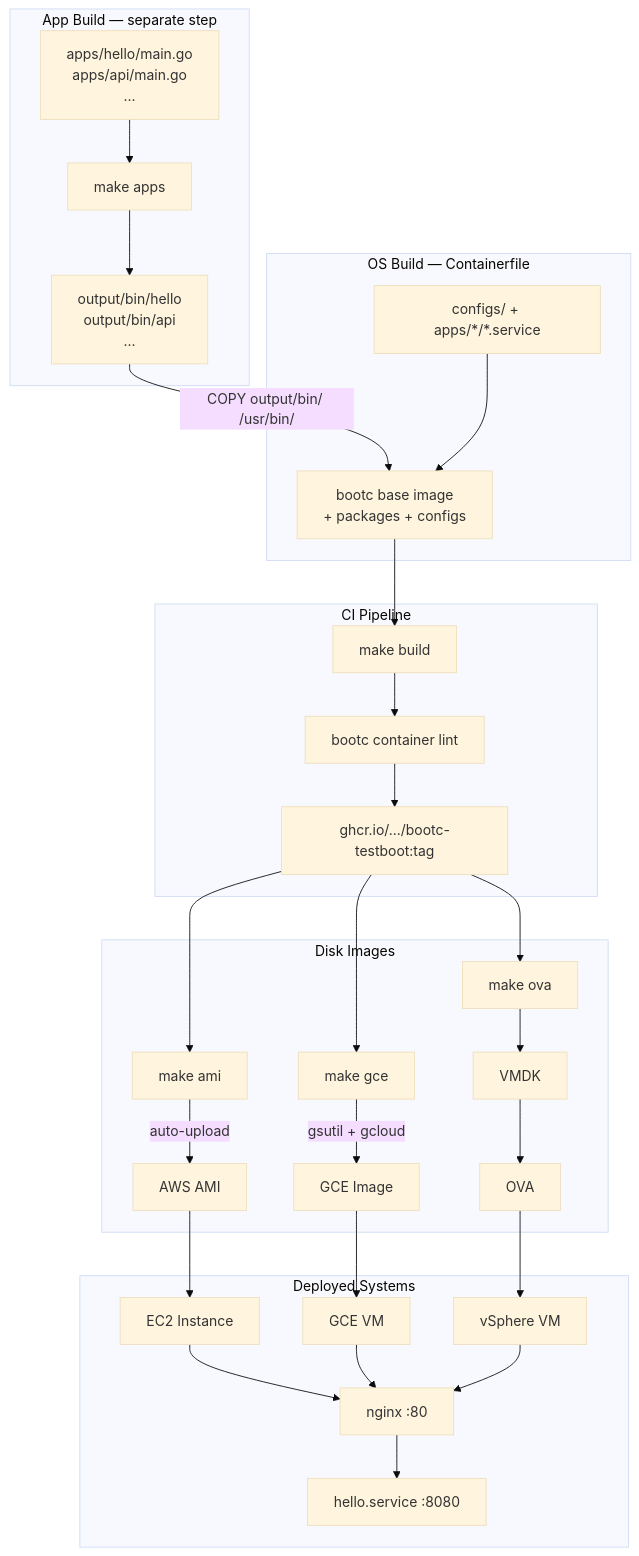
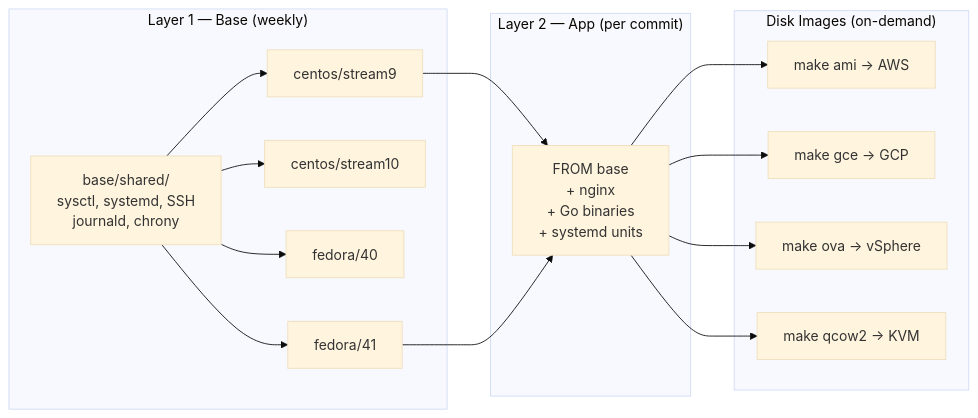
Before and after one commit to duyhenryer/bootc-testboot: the diagram in README.md, drawn with Mermaid (base theme). The commit also changed other lines of this file and 29 other files, not shown here.

First line of the commit message:
refactor: 2-layer architecture + production tuning

````diff
--- a/README.md
+++ b/README.md
@@ -19,37 +9,25 @@
 ```mermaid
-flowchart TB
-    subgraph appBuild [App Build — separate step]
-        GoSrc["apps/hello/main.go\napps/api/main.go\n..."] --> MakeApps["make apps"]
-        MakeApps --> OutputBin["output/bin/hello\noutput/bin/api\n..."]
+flowchart LR
+    subgraph layer1 ["Layer 1 — Base (weekly)"]
+        BaseShared["base/shared/\nsysctl, systemd, SSH\njournald, chrony"]
+        CentOS9["centos/stream9"]
+        CentOS10["centos/stream10"]
+        Fedora40["fedora/40"]
+        Fedora41["fedora/41"]
+        BaseShared --> CentOS9 & CentOS10 & Fedora40 & Fedora41
     end
 
-    subgraph osBuild [OS Build — Containerfile]
-        OutputBin -->|"COPY output/bin/ /usr/bin/"| BootcImage["bootc base image\n+ packages + configs"]
-        Configs["configs/ + apps/*/*.service"] --> BootcImage
+    subgraph layer2 ["Layer 2 — App (per commit)"]
+        AppBuild["FROM base\n+ nginx\n+ Go binaries\n+ systemd units"]
     end
 
-    subgraph ciPipeline [CI Pipeline]
-        BootcImage --> PodmanBuild["make build"]
-        PodmanBuild --> Lint["bootc container lint"]
-        Lint --> GHCR["ghcr.io/.../bootc-testboot:tag"]
+    subgraph disk ["Disk Images (on-demand)"]
+        AMI["make ami → AWS"]
+        GCE["make gce → GCP"]
+        OVA["make ova → vSphere"]
+        QCOW2["make qcow2 → KVM"]
     end
 
-    subgraph diskImages [Disk Images]
-        GHCR --> BIB_AMI["make ami"]
-        GHCR --> BIB_GCE["make gce"]
-        GHCR --> BIB_OVA["make ova"]
-        BIB_AMI -->|"auto-upload"| AMI[AWS AMI]
-        BIB_GCE -->|"gsutil + gcloud"| GCE_IMG[GCE Image]
-        BIB_OVA --> VMDK[VMDK] --> OVA[OVA]
-    end
-
-    subgraph runPhase [Deployed Systems]
-        AMI --> EC2[EC2 Instance]
-        GCE_IMG --> GCE_VM[GCE VM]
-        OVA --> VS[vSphere VM]
-        EC2 --> Nginx["nginx :80"]
-        Nginx --> Hello["hello.service :8080"]
-        GCE_VM --> Nginx
-        VS --> Nginx
-    end
+    CentOS9 & Fedora41 --> AppBuild
+    AppBuild --> AMI & GCE & OVA & QCOW2
 ```
````
